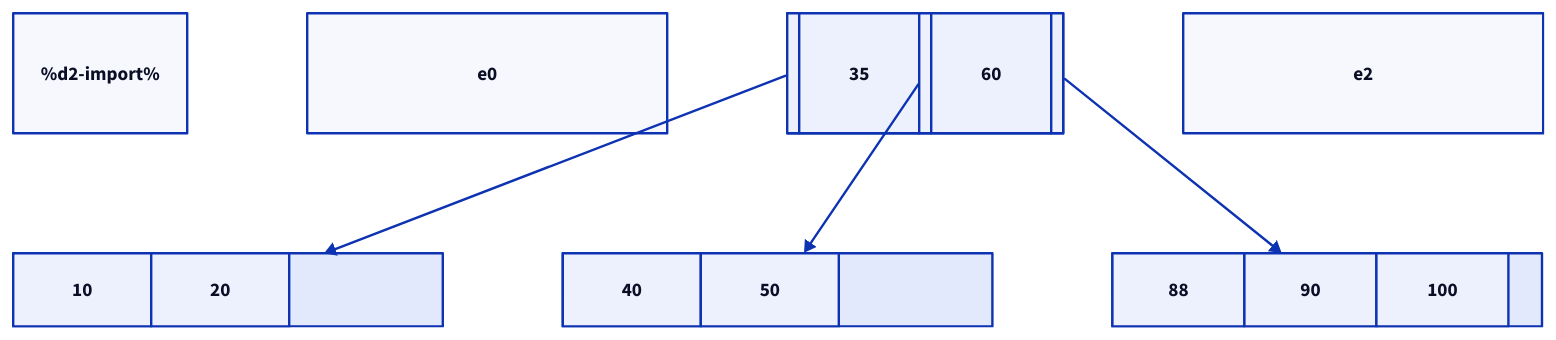
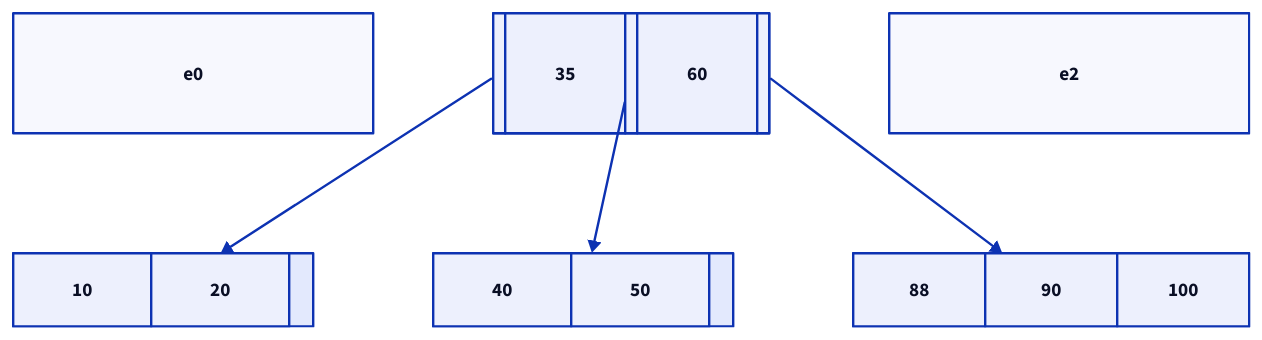
One commit to link1905/system-design-101 changed the seventh of 10 diagrams in content/docs/data-persistence/sql-database/physical-layer.md. Above: the diagram before and after it, drawn with D2. The commit also changed other lines of this file and 40 other files, not shown here.

````diff
--- a/content/docs/data-persistence/sql-database/physical-layer.md
+++ b/content/docs/data-persistence/sql-database/physical-layer.md
@@ -341,69 +343,69 @@
 ```d2
-%d2-import%
+
 grid-gap: 100
 grid-rows: 2
 e0: {
     width: 300
     class: none
 }
 e1: "" {
     grid-gap: 0
     grid-rows: 1
     e0: "" {
         width: 10
     }
     e1: "35" {
         width: 100
     }
     e2: "" {
         width: 10
     }
     e3: "60" {
         width: 100
     }
     e4: "" {
         width: 10
     }
 }
 e2: {
     width: 300
     class: none
 }
 e3: "" {
     grid-gap: 0
     grid-rows: 1
     width: 230
     e0: "10" {
         width: 115
     }
     e2: "20" {
         width: 115
     }
 }
 e4: "" {
     grid-gap: 0
     grid-rows: 1
     e0: "40" {
         width: 115
     }
     e1: "50" {
         width: 115
     }
 }
 e5: "" {
     grid-gap: 0
     grid-rows: 1
     e0: "88" {
         width: 110
     }
     e1: "90" {
         width: 110
     }
     e2: "100" {
         width: 110
     }
 }
 e1.e0 -> e3
 e1.e2 -> e4
 e1.e4 -> e5
 ```
````
